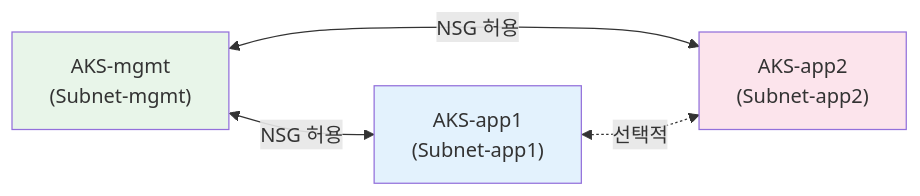
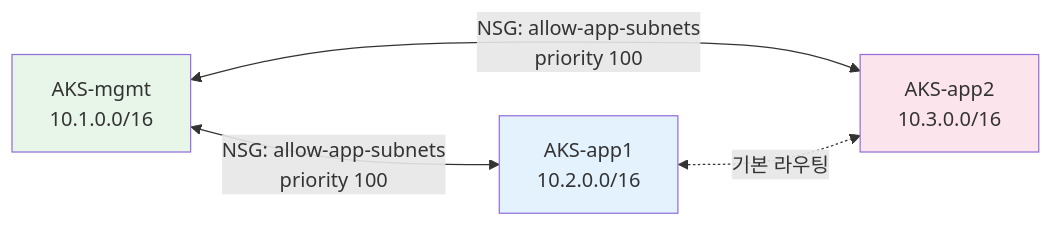
The third of 6 diagrams in document/azure/ARCHITECTURE.md (bocopile/mac-k8s-multipass-terraform), drawn with Mermaid before and after one commit. The commit also changed other lines of this file and 3 other files, not shown here.

````diff
--- a/document/azure/ARCHITECTURE.md
+++ b/document/azure/ARCHITECTURE.md
@@ -224,14 +271,14 @@
 ```mermaid
 flowchart LR
-    mgmt["AKS-mgmt<br/>(Subnet-mgmt)"]
-    app1["AKS-app1<br/>(Subnet-app1)"]
-    app2["AKS-app2<br/>(Subnet-app2)"]
+    mgmt["AKS-mgmt<br/>10.1.0.0/16"]
+    app1["AKS-app1<br/>10.2.0.0/16"]
+    app2["AKS-app2<br/>10.3.0.0/16"]
 
-    mgmt <-->|"NSG 허용"| app1
-    mgmt <-->|"NSG 허용"| app2
-    app1 <-.->|"선택적"| app2
+    mgmt <-->|"NSG: allow-app-subnets<br/>priority 100"| app1
+    mgmt <-->|"NSG: allow-app-subnets<br/>priority 100"| app2
+    app1 <-.->|"기본 라우팅"| app2
 
     style mgmt fill:#e8f5e9
     style app1 fill:#e3f2fd
     style app2 fill:#fce4ec
 ```
````
